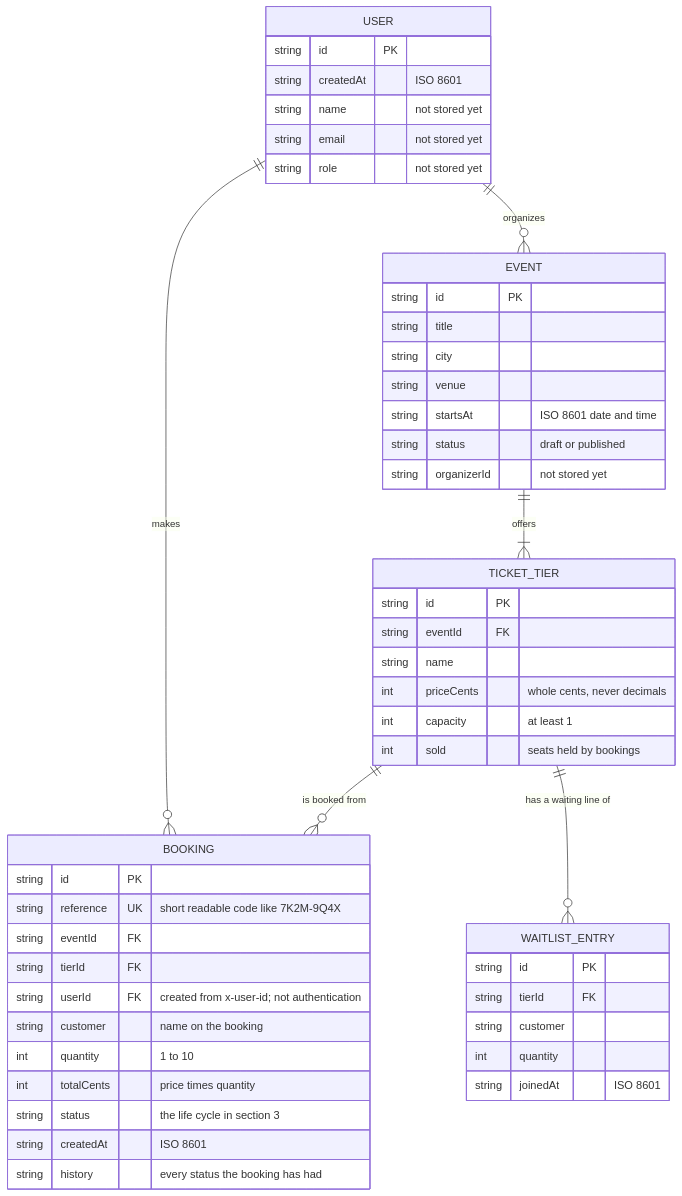
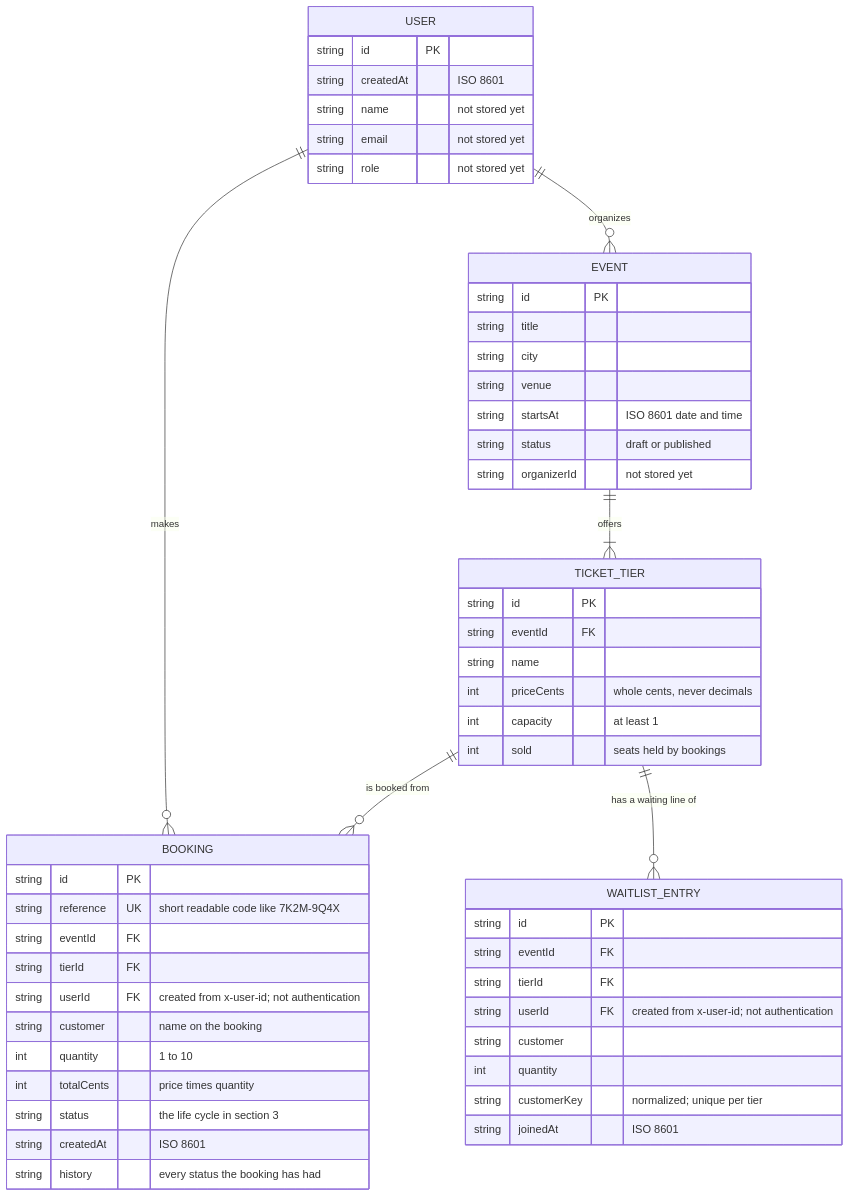
The second of 3 diagrams in docs/architecture.md (GreatEzekiel/my-dsa-capstone-project), drawn with Mermaid before and after one commit. The commit also changed other lines of this file and 19 other files, not shown here.

````diff
--- a/docs/architecture.md
+++ b/docs/architecture.md
@@ -99,53 +102,56 @@
 ```mermaid
 erDiagram
     USER ||--o{ EVENT : organizes
     USER ||--o{ BOOKING : makes
     EVENT ||--|{ TICKET_TIER : offers
     TICKET_TIER ||--o{ BOOKING : "is booked from"
     TICKET_TIER ||--o{ WAITLIST_ENTRY : "has a waiting line of"
 
     USER {
         string id PK
         string createdAt "ISO 8601"
         string name "not stored yet"
         string email "not stored yet"
         string role "not stored yet"
     }
     EVENT {
         string id PK
         string title
         string city
         string venue
         string startsAt "ISO 8601 date and time"
         string status "draft or published"
         string organizerId "not stored yet"
     }
     TICKET_TIER {
         string id PK
         string eventId FK
         string name
         int priceCents "whole cents, never decimals"
         int capacity "at least 1"
         int sold "seats held by bookings"
     }
     BOOKING {
         string id PK
         string reference UK "short readable code like 7K2M-9Q4X"
         string eventId FK
         string tierId FK
         string userId FK "created from x-user-id; not authentication"
         string customer "name on the booking"
         int quantity "1 to 10"
         int totalCents "price times quantity"
         string status "the life cycle in section 3"
         string createdAt "ISO 8601"
         string history "every status the booking has had"
     }
     WAITLIST_ENTRY {
         string id PK
+        string eventId FK
         string tierId FK
+        string userId FK "created from x-user-id; not authentication"
         string customer
         int quantity
+        string customerKey "normalized; unique per tier"
         string joinedAt "ISO 8601"
     }
 ```
````
